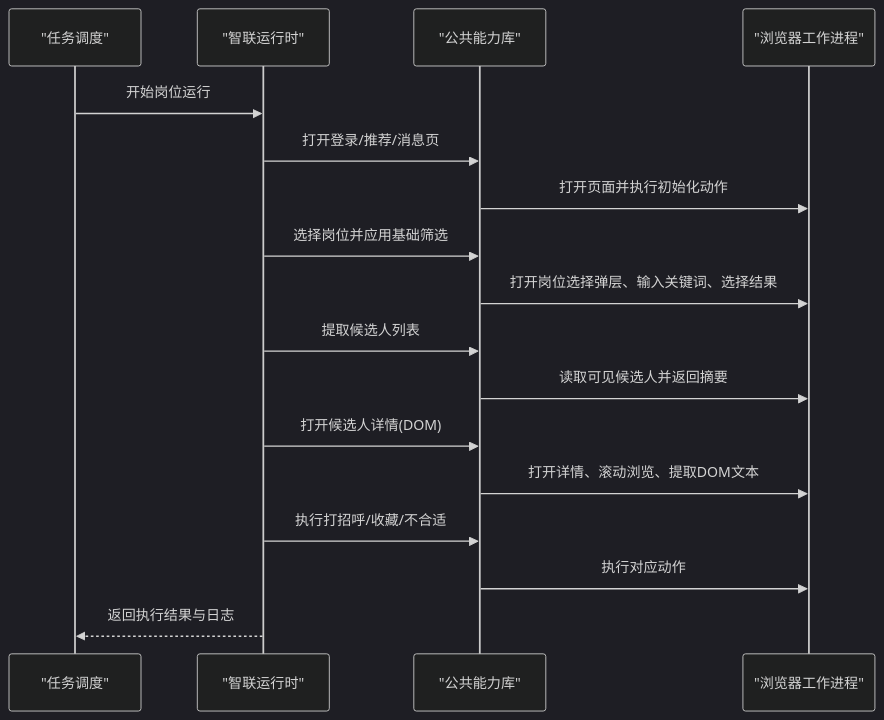
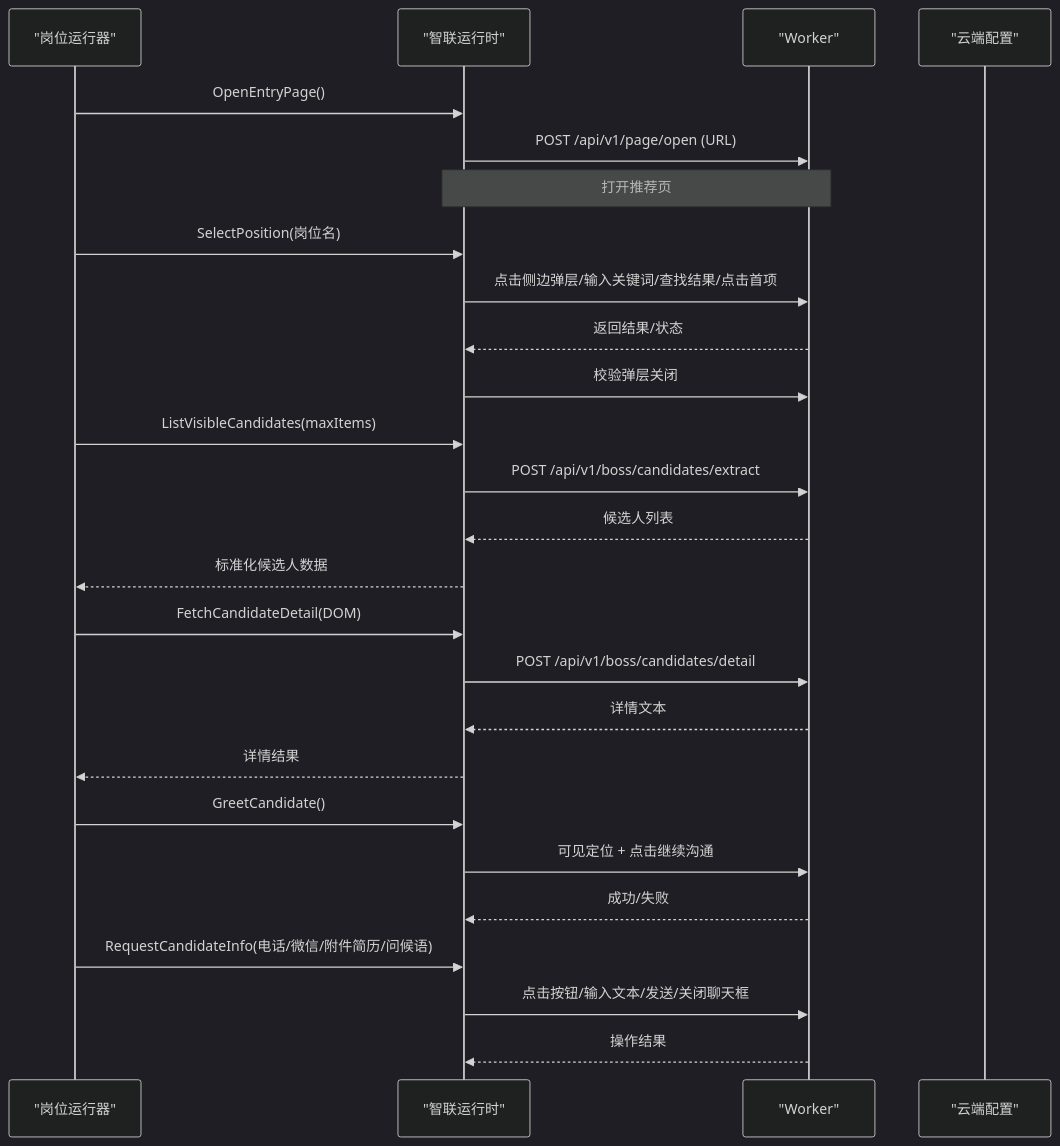
One commit to alvinwangzi/goodhr changed the second of 10 diagrams in .qoder/repowiki/zh/content/系统架构/本地Agent架构/平台适配器系统/智联招聘适配器.md. Above: the diagram before and after it, drawn with Mermaid (dark theme). The commit also changed other lines of this file and 149 other files, not shown here.

````diff
--- a/.qoder/repowiki/zh/content/系统架构/本地Agent架构/平台适配器系统/智联招聘适配器.md
+++ b/.qoder/repowiki/zh/content/系统架构/本地Agent架构/平台适配器系统/智联招聘适配器.md
@@ -140,19 +128,28 @@
 ```mermaid
 sequenceDiagram
-participant Runner as "任务调度"
+participant Runner as "岗位运行器"
 participant ZR as "智联运行时"
-participant Common as "公共能力库"
-participant Browser as "浏览器工作进程"
-Runner->>ZR : 开始岗位运行
-ZR->>Common : 打开登录/推荐/消息页
-Common->>Browser : 打开页面并执行初始化动作
-ZR->>Common : 选择岗位并应用基础筛选
-Common->>Browser : 打开岗位选择弹层、输入关键词、选择结果
-ZR->>Common : 提取候选人列表
-Common->>Browser : 读取可见候选人并返回摘要
-ZR->>Common : 打开候选人详情(DOM)
-Common->>Browser : 打开详情、滚动浏览、提取DOM文本
-ZR->>Common : 执行打招呼/收藏/不合适
-Common->>Browser : 执行对应动作
-ZR-->>Runner : 返回执行结果与日志
+participant W as "Worker"
+participant Cloud as "云端配置"
+Runner->>ZR : OpenEntryPage()
+ZR->>W : POST /api/v1/page/open (URL)
+Note over ZR,W : 打开推荐页
+Runner->>ZR : SelectPosition(岗位名)
+ZR->>W : 点击侧边弹层/输入关键词/查找结果/点击首项
+W-->>ZR : 返回结果/状态
+ZR->>W : 校验弹层关闭
+Runner->>ZR : ListVisibleCandidates(maxItems)
+ZR->>W : POST /api/v1/boss/candidates/extract
+W-->>ZR : 候选人列表
+ZR-->>Runner : 标准化候选人数据
+Runner->>ZR : FetchCandidateDetail(DOM)
+ZR->>W : POST /api/v1/boss/candidates/detail
+W-->>ZR : 详情文本
+ZR-->>Runner : 详情结果
+Runner->>ZR : GreetCandidate()
+ZR->>W : 可见定位 + 点击继续沟通
+W-->>ZR : 成功/失败
+Runner->>ZR : RequestCandidateInfo(电话/微信/附件简历/问候语)
+ZR->>W : 点击按钮/输入文本/发送/关闭聊天框
+W-->>ZR : 操作结果
 ```
````
